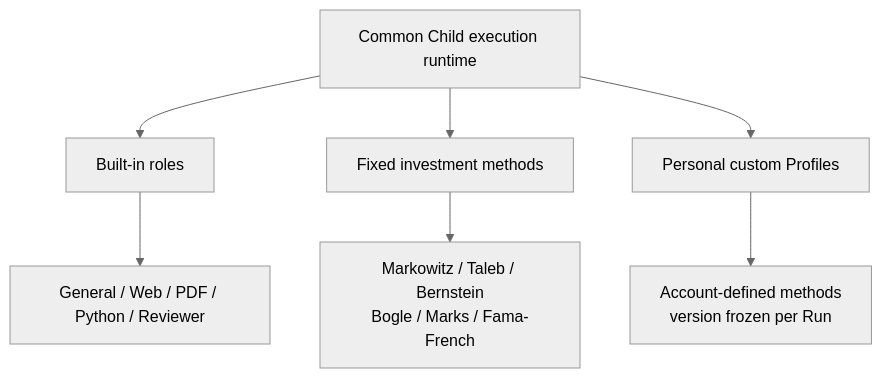
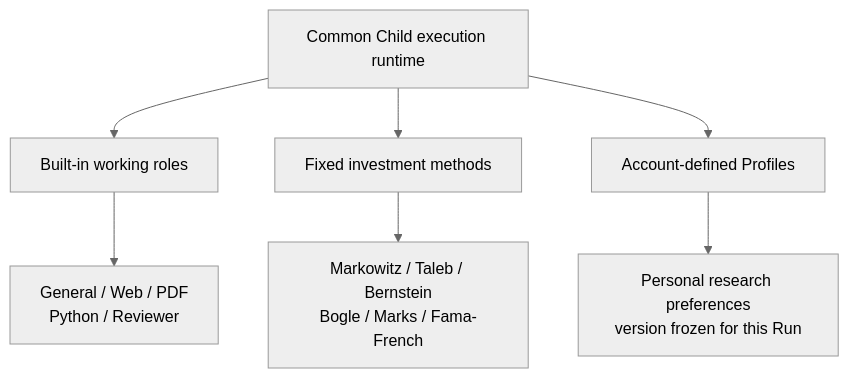
One commit to hpoenixf/eff-agent-article changed the first of 4 diagrams in en/articles/agent-subagent-context-specialization.md. Above: the diagram before and after it, drawn with Mermaid (neutral theme). The commit also changed other lines of this file, not shown here.

````diff
--- a/en/articles/agent-subagent-context-specialization.md
+++ b/en/articles/agent-subagent-context-specialization.md
@@ -15,16 +27,16 @@
 ```mermaid
 flowchart TD
     Runtime["Common Child execution runtime"]
-    Builtin["Built-in roles"]
+    Builtin["Built-in working roles"]
     Methods["Fixed investment methods"]
-    Custom["Personal custom Profiles"]
-    Roles["General / Web / PDF / Python / Reviewer"]
+    Custom["Account-defined Profiles"]
+    Roles["General / Web / PDF<br/>Python / Reviewer"]
     Invest["Markowitz / Taleb / Bernstein<br/>Bogle / Marks / Fama-French"]
-    User["Account-defined methods<br/>version frozen per Run"]
+    User["Personal research preferences<br/>version frozen for this Run"]
     Runtime --> Builtin
     Runtime --> Methods
     Runtime --> Custom
     Builtin --> Roles
     Methods --> Invest
     Custom --> User
 ```
````
